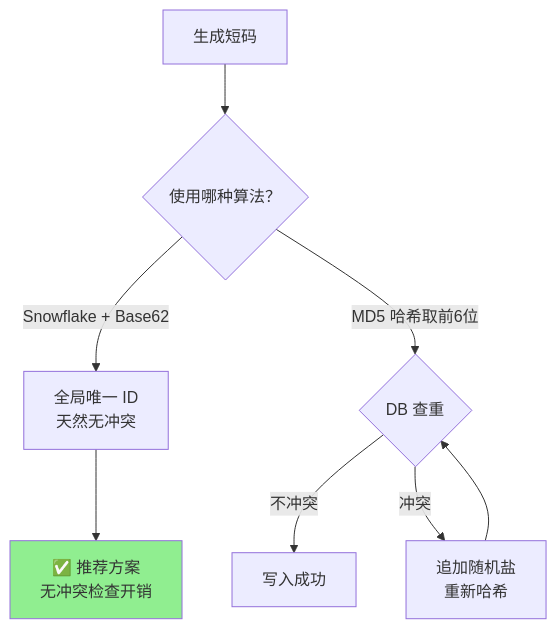
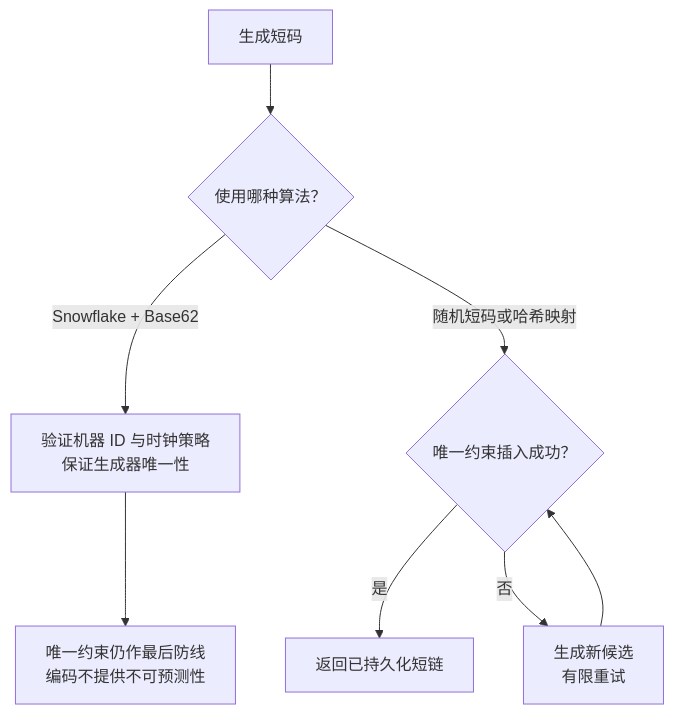
One commit to liukun2634/dev-interview-guide changed the fifth of 7 diagrams in docs/system-design/system-design-methodology.md. Above: the diagram before and after it, drawn with Mermaid. The commit also changed other lines of this file and 6 other files, not shown here.

````diff
--- a/docs/system-design/system-design-methodology.md
+++ b/docs/system-design/system-design-methodology.md
@@ -505,13 +567,11 @@
 ```mermaid
 flowchart TD
     A[生成短码] --> B{使用哪种算法？}
-    B -->|Snowflake + Base62| C[全局唯一 ID<br/>天然无冲突]
-    B -->|MD5 哈希取前6位| D{DB 查重}
-    D -->|不冲突| E[写入成功]
-    D -->|冲突| F[追加随机盐<br/>重新哈希]
+    B -->|Snowflake + Base62| C[验证机器 ID 与时钟策略<br/>保证生成器唯一性]
+    B -->|随机短码或哈希映射| D{唯一约束插入成功？}
+    D -->|是| E[返回已持久化短链]
+    D -->|否| F[生成新候选<br/>有限重试]
     F --> D
     
-    C --> G[✅ 推荐方案<br/>无冲突检查开销]
-    
-    style G fill:#90EE90
+    C --> G[唯一约束仍作最后防线<br/>编码不提供不可预测性]
 ```
````
